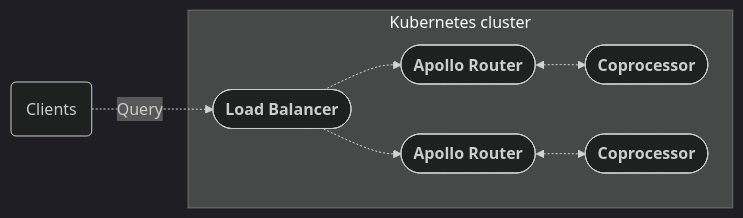
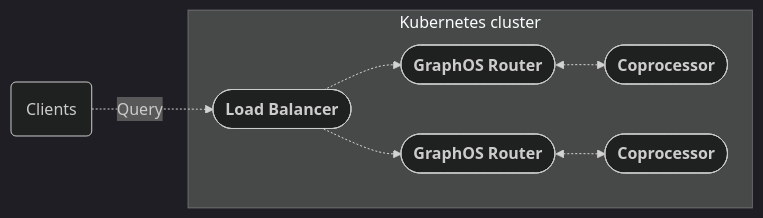
One commit to apollographql/router changed the diagram in docs/source/containerization/kubernetes.mdx. Above: the diagram before and after it, drawn with Mermaid (dark theme). The commit also changed other lines of this file and 32 other files, not shown here.

````diff
--- a/docs/source/containerization/kubernetes.mdx
+++ b/docs/source/containerization/kubernetes.mdx
@@ -14,16 +14,16 @@
 ```mermaid
 flowchart LR;
   clients(Clients);
   subgraph "Kubernetes cluster";
   lb(["<b>Load Balancer</b>"])
-  router_a(["<b>Apollo Router</b>"]);
+  router_a(["<b>GraphOS Router</b>"]);
   coproc_a(["<b>Coprocessor</b>"]);
-  router_b(["<b>Apollo Router</b>"]);
+  router_b(["<b>GraphOS Router</b>"]);
   coproc_b(["<b>Coprocessor</b>"]);
   router_a <-.-> coproc_a;
   router_b <-.-> coproc_b;
   end;
   clients -.->|Query| lb;
   lb -.-> router_a & router_b;
   class clients secondary;
 ```
````
